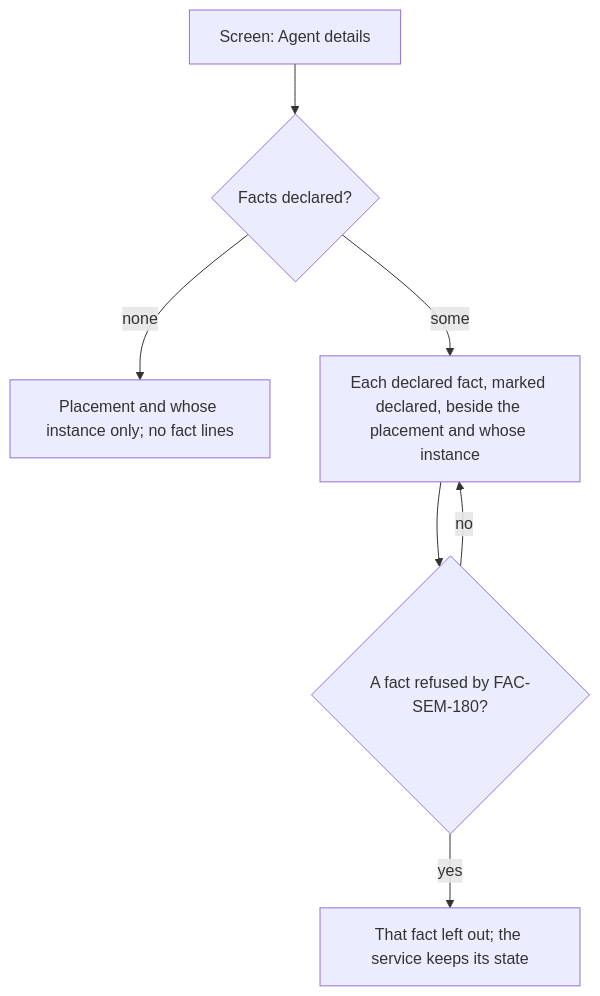
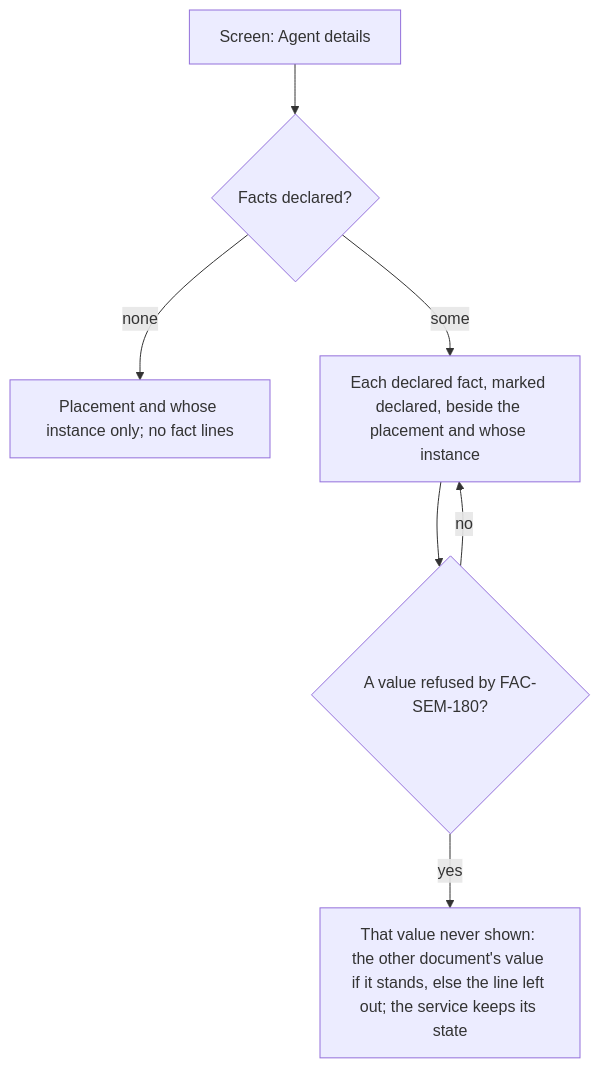
Before and after one commit to passioncode-ai/fabric-agent-contract: diagram 36 of 36 in docs/ux/flows.md, drawn with Mermaid. The commit also changed other lines of this file and 13 other files, not shown here.

Commit message:
DEC-0173 round 1 folded: mode and kind required in their objects; the label by placement and its grammar; the pair reports only cross-document findings; a refused value never read; IF-7; labels from Fabric Dashboards

````diff
--- a/docs/ux/flows.md
+++ b/docs/ux/flows.md
@@ -1033,9 +1033,9 @@
 ```mermaid
 flowchart TD
   A[Screen: Agent details] --> R{Facts declared?}
   R -->|none| N[Placement and whose instance only; no fact lines]
   R -->|some| F[Each declared fact, marked declared, beside the placement and whose instance]
-  F --> X{A fact refused by FAC-SEM-180?}
-  X -->|yes| L[That fact left out; the service keeps its state]
+  F --> X{A value refused by FAC-SEM-180?}
+  X -->|yes| L[That value never shown: the other document's value if it stands, else the line left out; the service keeps its state]
   X -->|no| F
 ```
````
